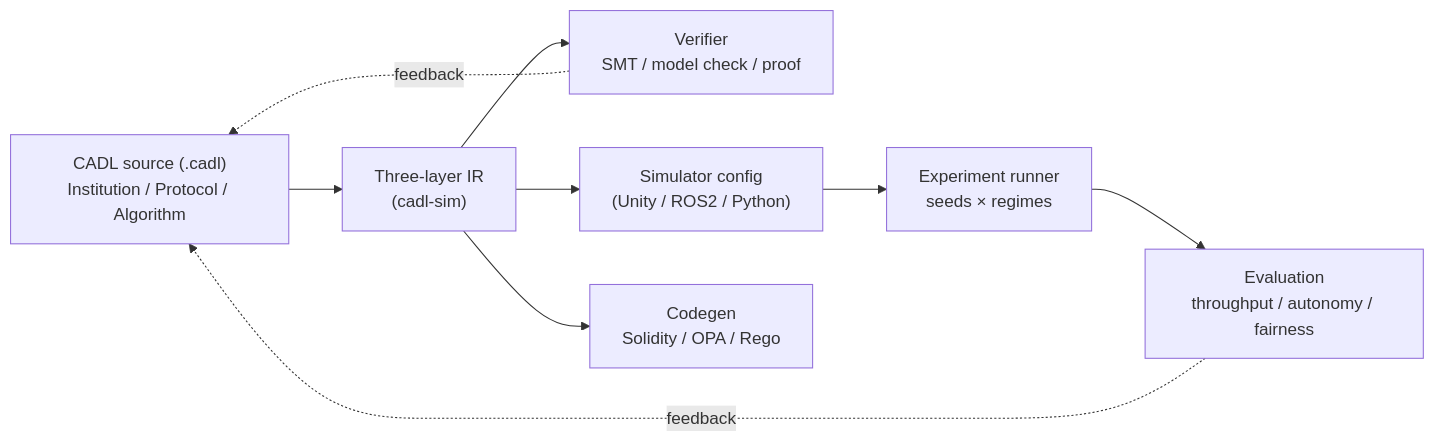
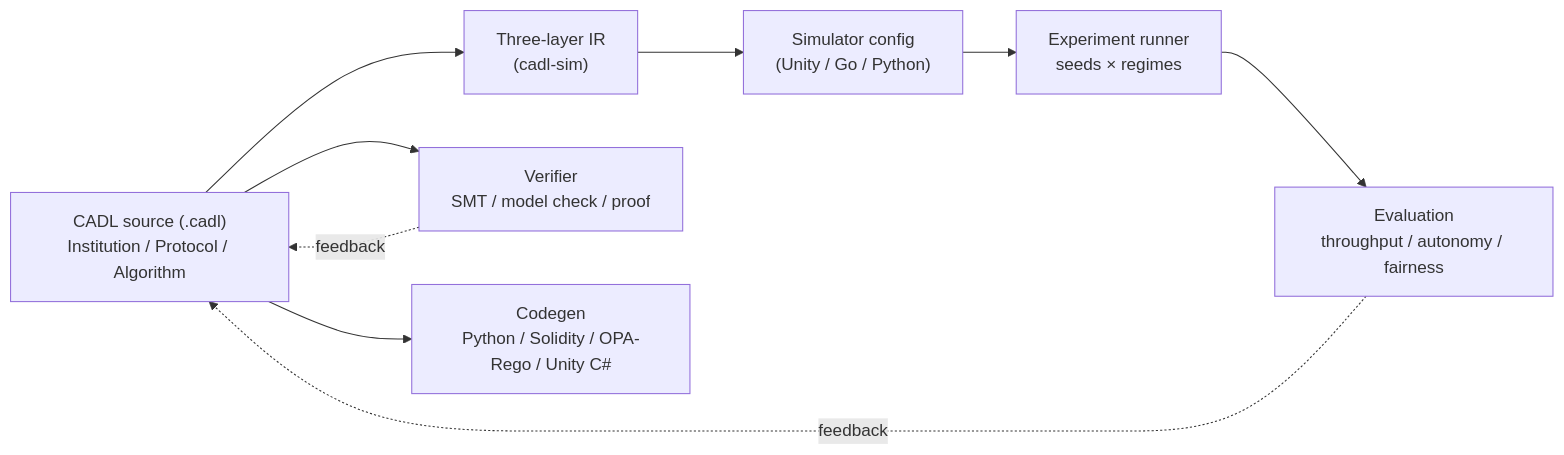
One commit to ertlnagoya/cadl-spec changed the diagram in docs/spec/intro.md. Above: the diagram before and after it, drawn with Mermaid. The commit also changed other lines of this file and 17 other files, not shown here.

````diff
--- a/docs/spec/intro.md
+++ b/docs/spec/intro.md
@@ -30,19 +30,19 @@
 ```mermaid
 flowchart LR
     SRC["CADL source (.cadl)<br/>Institution / Protocol / Algorithm"]
     IR["Three-layer IR<br/>(cadl-sim)"]
     VER["Verifier<br/>SMT / model check / proof"]
-    CFG["Simulator config<br/>(Unity / ROS2 / Python)"]
-    CODE["Codegen<br/>Solidity / OPA / Rego"]
+    CFG["Simulator config<br/>(Unity / Go / Python)"]
+    CODE["Codegen<br/>Python / Solidity / OPA-Rego / Unity C#"]
     EXP["Experiment runner<br/>seeds × regimes"]
     EVAL["Evaluation<br/>throughput / autonomy / fairness"]
 
+    SRC --> VER
+    SRC --> CODE
     SRC --> IR
-    IR --> VER
     IR --> CFG
-    IR --> CODE
     CFG --> EXP
     EXP --> EVAL
     VER -. feedback .-> SRC
     EVAL -. feedback .-> SRC
 ```
````
